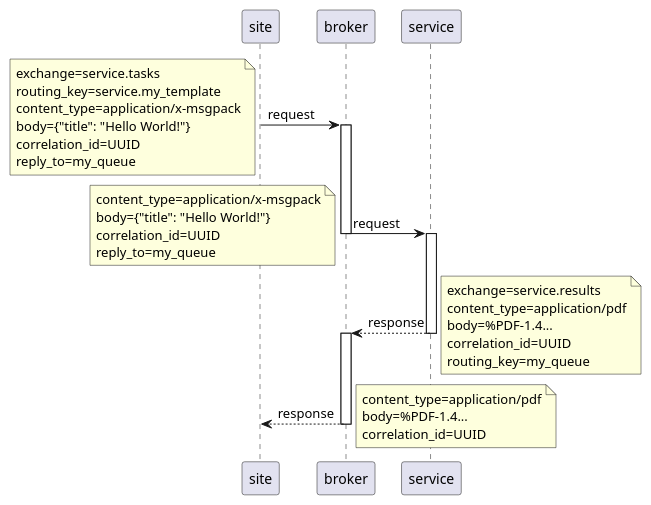
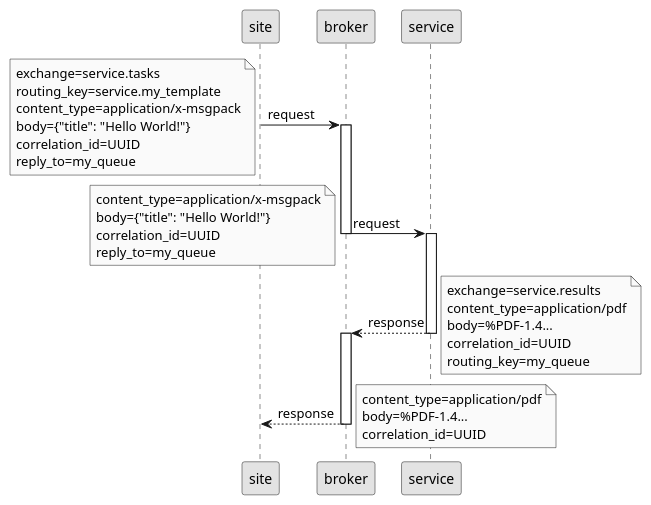
One commit to jfroche/collective.zamqp changed the second of 2 diagrams in src/collective/zamqp/introduction.rst. Above: the diagram before and after it, drawn with PlantUML. The commit also changed other lines of this file and 2 other files, not shown here.

```diff
--- a/src/collective/zamqp/introduction.rst
+++ b/src/collective/zamqp/introduction.rst
@@ -103,45 +85,47 @@
 .. uml::
+
+   skinparam monochrome true
 
    site -> broker: request
    activate broker
 
    note left
        exchange=service.tasks
        routing_key=service.my_template
        content_type=application/x-msgpack
        body={"title": "Hello World!"}
        correlation_id=UUID
        reply_to=my_queue
    end note
 
    broker -> service: request
    deactivate broker
    activate service
 
    note left
        content_type=application/x-msgpack
        body={"title": "Hello World!"}
        correlation_id=UUID
        reply_to=my_queue
    end note
 
    service --> broker: response
    deactivate service
    activate broker
 
    note right
        exchange=service.results
        content_type=application/pdf
        body=%PDF-1.4...
        correlation_id=UUID
        routing_key=my_queue
    end note
 
    broker --> site: response
    deactivate broker
 
    note right
        content_type=application/pdf
        body=%PDF-1.4...
        correlation_id=UUID
    end note
```
